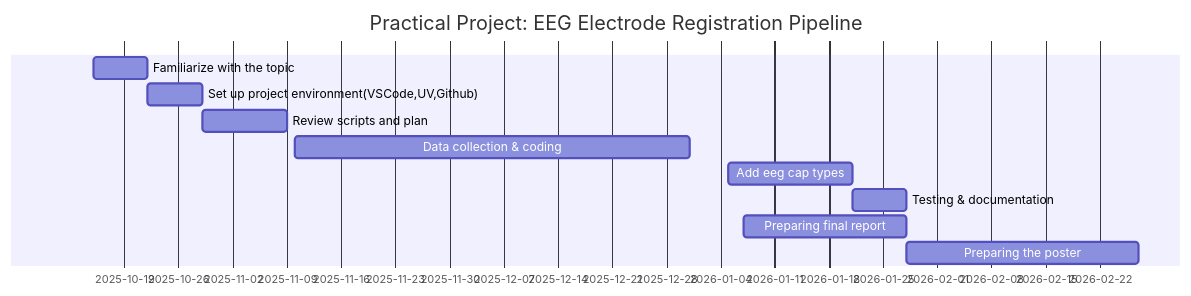
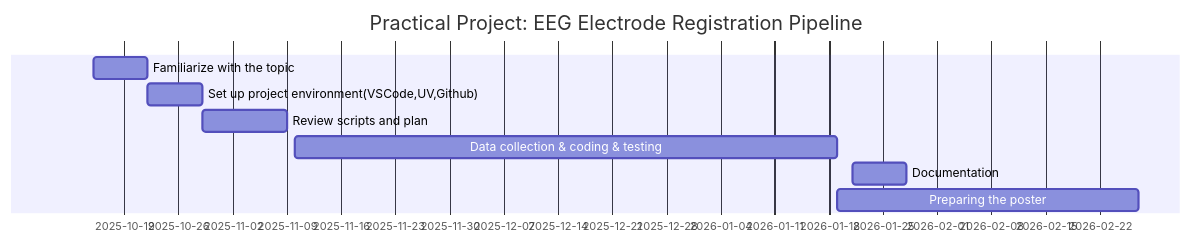
Before and after one commit to evrim06/video-eeg-electrode-registration: the second of 2 diagrams in README.md, drawn with Mermaid. The commit also changed other lines of this file and 9 other files, not shown here.

````diff
--- a/README.md
+++ b/README.md
@@ -308,14 +486,12 @@
 ```mermaid
 gantt
     title Practical Project: EEG Electrode Registration Pipeline
     dateFormat YYYY-MM-DD
     Familiarize with the topic:2025-10-15,2025-10-22
     Set up project environment(VSCode,UV,Github):2025-10-22,2025-10-29
     Review scripts and plan:2025-10-29,2025-11-09
-    Data collection & coding:2025-11-10,2025-12-31
-    Add eeg cap types:2026-01-05,2026-01-21
-    Testing & documentation: 2026-01-21,2026-01-28
-    Preparing final report:2026-01-07,2026-01-28
-    Preparing the poster:2026-01-28,2026-02-27
+    Data collection & coding & testing:2025-11-10,2026-01-19
+    Documentation: 2026-01-21,2026-01-28
+    Preparing the poster:2026-01-19,2026-02-27
 
 ```
````
